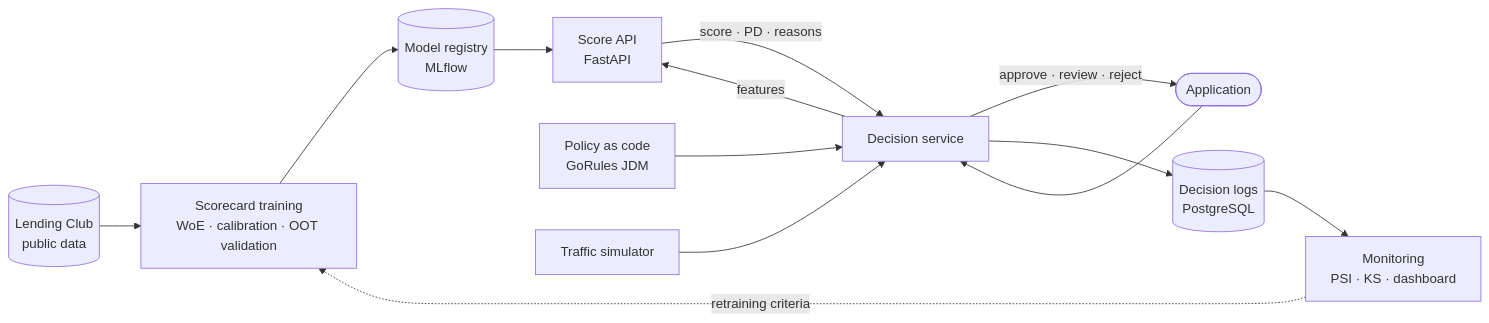
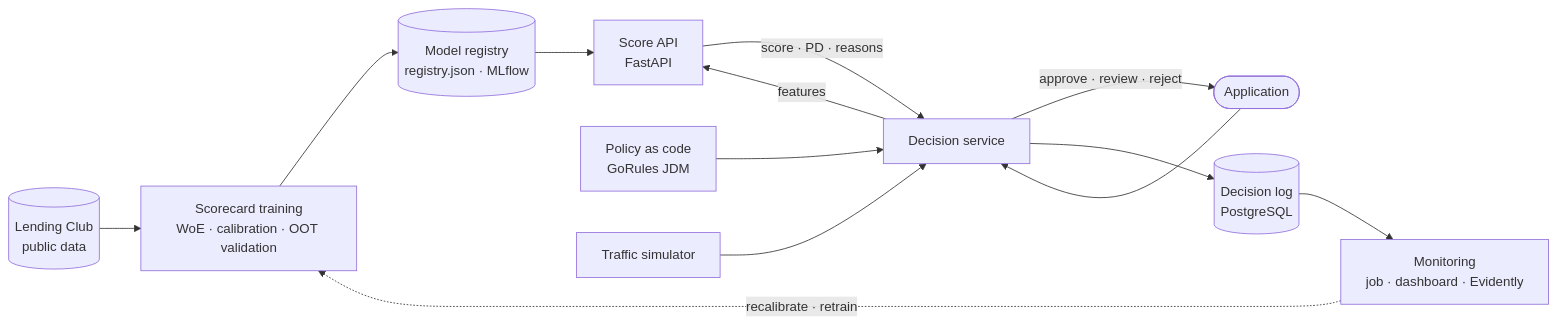
The diagram in README.md (samuelkanneman/credit-decisioning-e2e), drawn with Mermaid before and after one commit. The commit also changed other lines of this file and 35 other files, not shown here.

````diff
--- a/README.md
+++ b/README.md
@@ -13,15 +25,15 @@
 ```mermaid
 flowchart LR
     raw[(Lending Club<br/>public data)] --> train[Scorecard training<br/>WoE · calibration · OOT validation]
-    train --> registry[(Model registry<br/>MLflow)]
-    registry --> score[Score API<br/>FastAPI]
+    train --> models[(Model registry<br/>registry.json · MLflow)]
+    models --> score[Score API<br/>FastAPI]
     app([Application]) --> decision[Decision service]
     decision -->|features| score
     score -->|score · PD · reasons| decision
     policy[Policy as code<br/>GoRules JDM] --> decision
     decision -->|approve · review · reject| app
-    decision --> logs[(Decision logs<br/>PostgreSQL)]
+    decision --> logs[(Decision log<br/>PostgreSQL)]
     sim[Traffic simulator] --> decision
-    logs --> monitor[Monitoring<br/>PSI · KS · dashboard]
-    monitor -.->|retraining criteria| train
+    logs --> monitor[Monitoring<br/>job · dashboard · Evidently]
+    monitor -.->|recalibrate · retrain| train
 ```
````
